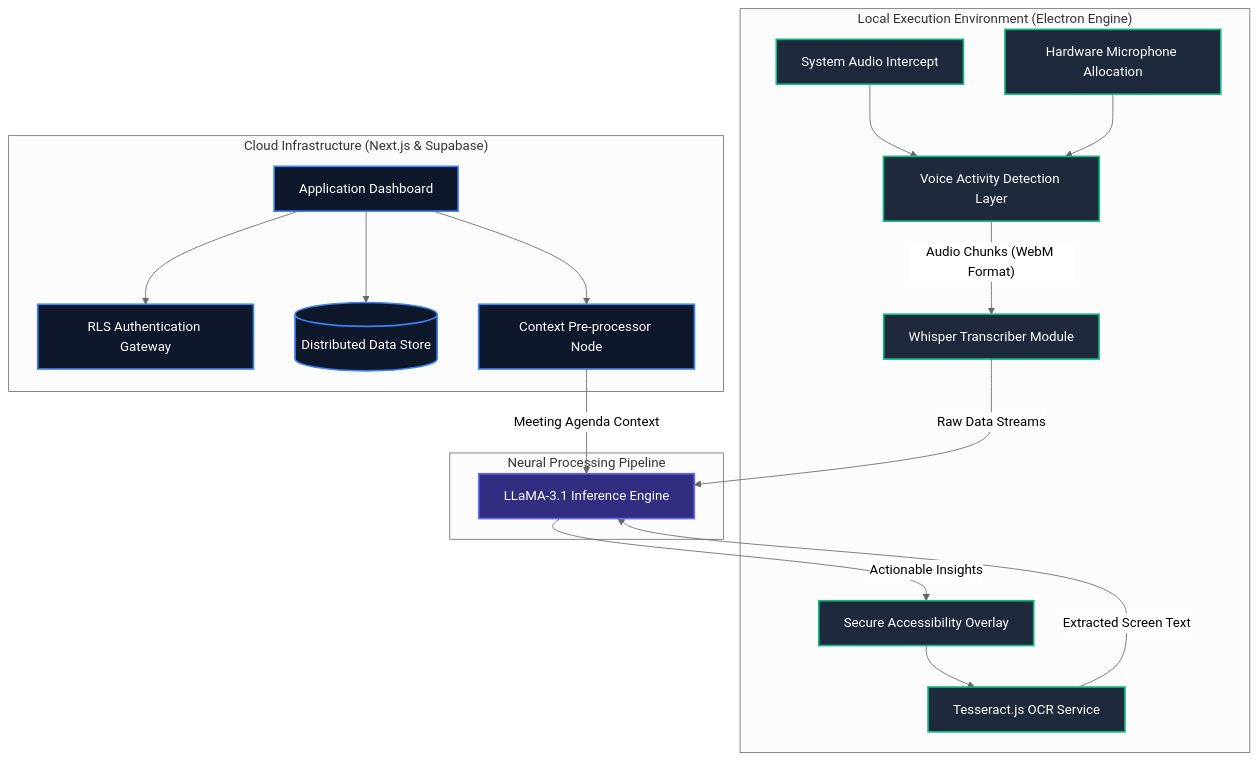
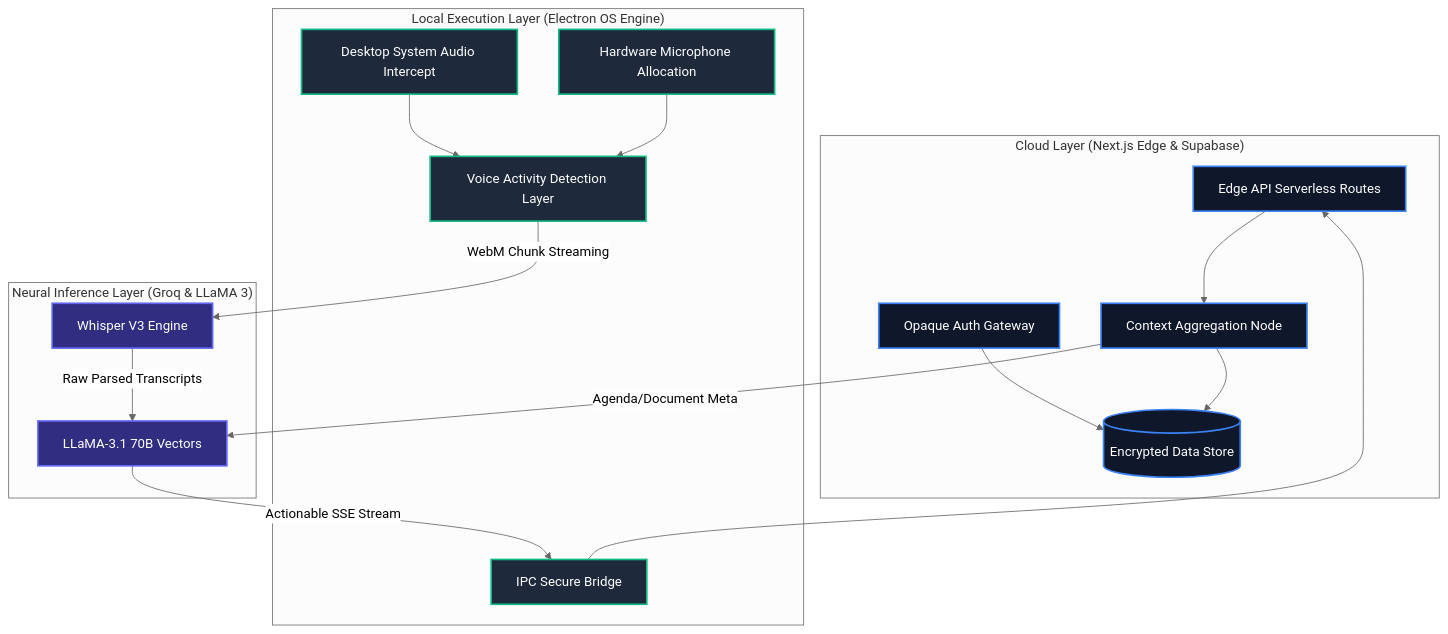
Before and after one commit to ziademad02153/ZEDX-AI-Assistant: the first of 4 diagrams in README.md, drawn with Mermaid (neutral theme). The commit also changed other lines of this file, not shown here.

````diff
--- a/README.md
+++ b/README.md
@@ -16,30 +39,29 @@
 ```mermaid
 graph TD
-    subgraph "Cloud Infrastructure (Next.js & Supabase)"
-        WEB[Application Dashboard] --> AUTH[RLS Authentication Gateway]
-        WEB --> DB[(Distributed Data Store)]
-        WEB --> CONTEXT[Context Pre-processor Node]
+    subgraph "Cloud Layer (Next.js Edge & Supabase)"
+        AUTH[Opaque Auth Gateway] --> DB[(Encrypted Data Store)]
+        API[Edge API Serverless Routes] --> CONTEXT_SERVER[Context Aggregation Node]
+        CONTEXT_SERVER --> DB
     end
 
-    subgraph "Local Execution Environment (Electron Engine)"
-        SYS[System Audio Intercept] --> VAD[Voice Activity Detection Layer]
+    subgraph "Local Execution Layer (Electron OS Engine)"
+        SYS[Desktop System Audio Intercept] --> VAD[Voice Activity Detection Layer]
         MIC[Hardware Microphone Allocation] --> VAD
-        VAD -- "Audio Chunks (WebM Format)" --> STT[Whisper Transcriber Module]
-        SCREEN[Secure Accessibility Overlay] --> OCR[Tesseract.js OCR Service]
+        IPC[IPC Secure Bridge] --> API
     end
 
-    subgraph "Neural Processing Pipeline"
-        STT -- "Raw Data Streams" --> LLM[LLaMA-3.1 Inference Engine]
-        CONTEXT -- "Meeting Agenda Context" --> LLM
-        OCR -- "Extracted Screen Text" --> LLM
-        LLM -- "Actionable Insights" --> SCREEN
+    subgraph "Neural Inference Layer (Groq & LLaMA 3)"
+        VAD -- "WebM Chunk Streaming" --> WHISPER[Whisper V3 Engine]
+        WHISPER -- "Raw Parsed Transcripts" --> LLM[LLaMA-3.1 70B Vectors]
+        CONTEXT_SERVER -- "Agenda/Document Meta" --> LLM
+        LLM -- "Actionable SSE Stream" --> IPC
     end
 
     classDef cloud fill:#0f172a,stroke:#3b82f6,stroke-width:2px,color:#fff;
     classDef local fill:#1e293b,stroke:#10b981,stroke-width:2px,color:#fff;
     classDef neural fill:#312e81,stroke:#6366f1,stroke-width:2px,color:#fff;
 
-    class WEB,AUTH,DB,CONTEXT cloud;
-    class SYS,MIC,VAD,STT,SCREEN,OCR local;
-    class LLM neural;
+    class AUTH,DB,API,CONTEXT_SERVER cloud;
+    class SYS,MIC,VAD,IPC local;
+    class WHISPER,LLM neural;
 ```
````
